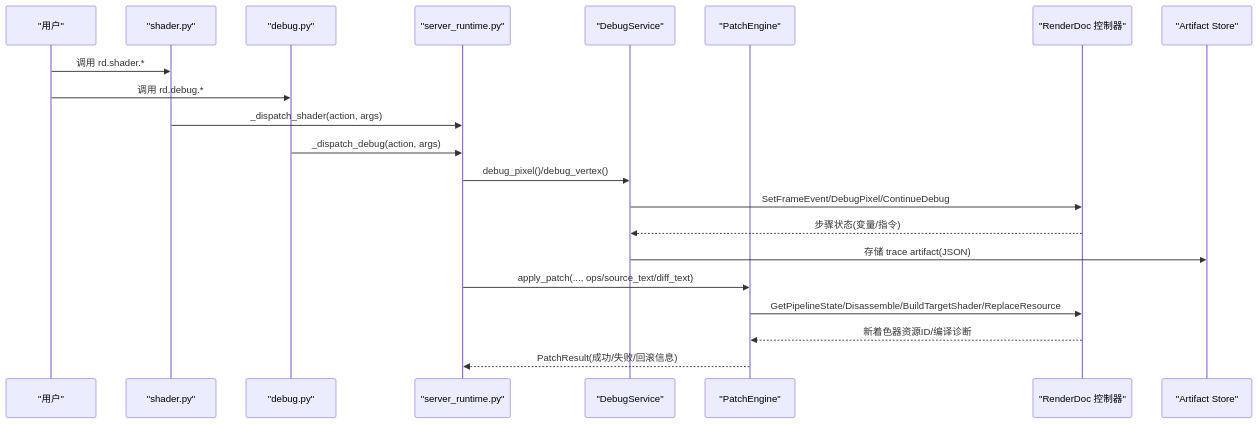
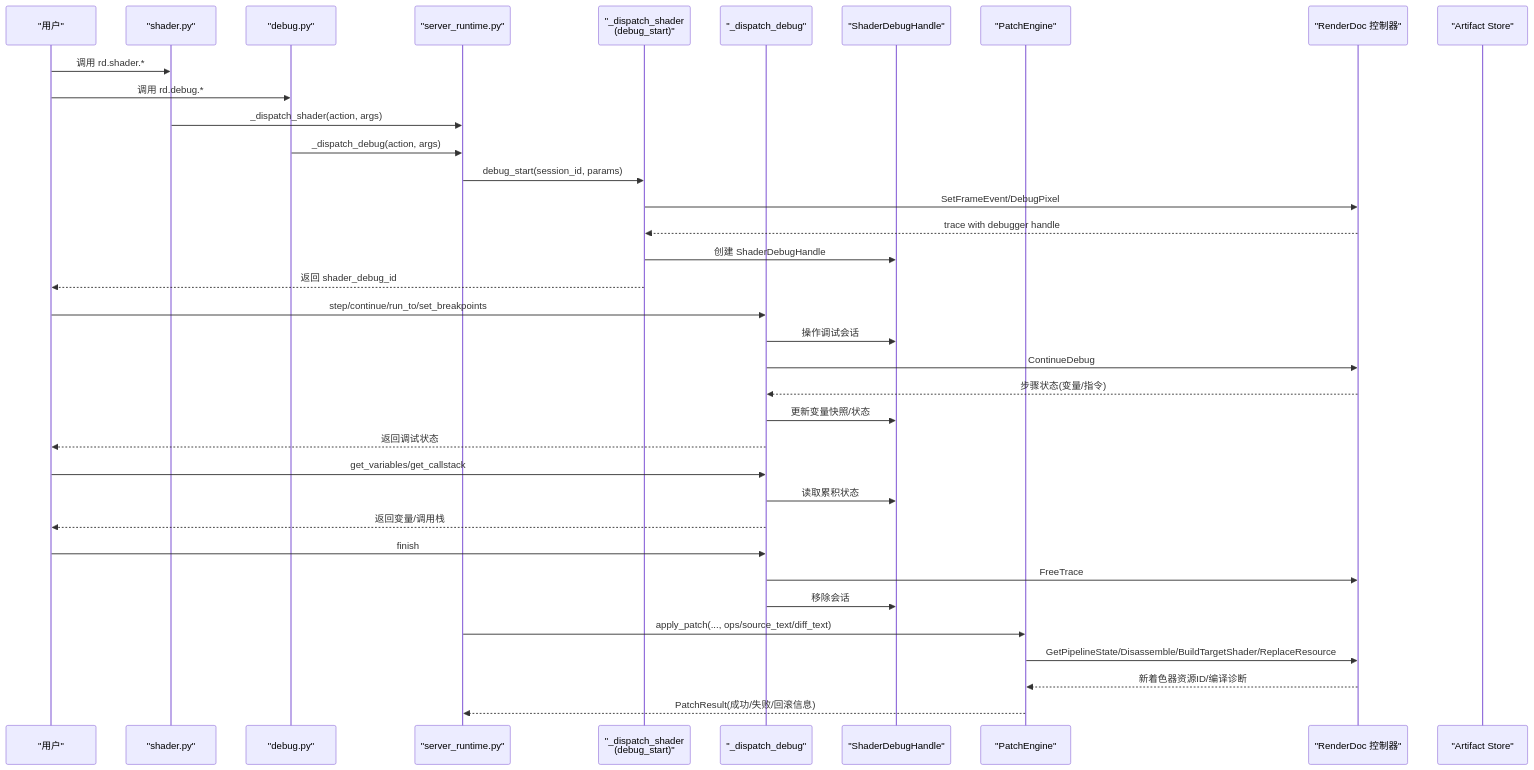
One commit to haolange/RDC-Tool changed the second of 2 diagrams in .qoder/repowiki/zh/content/核心概念/管线状态/着色器调试.md. Above: the diagram before and after it, drawn with Mermaid. The commit also changed other lines of this file and 79 other files, not shown here.

````diff
--- a/.qoder/repowiki/zh/content/核心概念/管线状态/着色器调试.md
+++ b/.qoder/repowiki/zh/content/核心概念/管线状态/着色器调试.md
@@ -93,23 +123,38 @@
 ```mermaid
 sequenceDiagram
 participant U as "用户"
 participant SH as "shader.py"
 participant DB as "debug.py"
 participant RT as "server_runtime.py"
-participant DS as "DebugService"
+participant DS as "_dispatch_shader<br>(debug_start)"
+participant DD as "_dispatch_debug"
+participant SDH as "ShaderDebugHandle"
 participant PE as "PatchEngine"
 participant RD as "RenderDoc 控制器"
 participant AS as "Artifact Store"
 U->>SH : 调用 rd.shader.*
 U->>DB : 调用 rd.debug.*
 SH->>RT : _dispatch_shader(action, args)
 DB->>RT : _dispatch_debug(action, args)
-RT->>DS : debug_pixel()/debug_vertex()
-DS->>RD : SetFrameEvent/DebugPixel/ContinueDebug
-RD-->>DS : 步骤状态(变量/指令)
-DS->>AS : 存储 trace artifact(JSON)
+RT->>DS : debug_start(session_id, params)
+DS->>RD : SetFrameEvent/DebugPixel
+RD-->>DS : trace with debugger handle
+DS->>SDH : 创建 ShaderDebugHandle
+DS-->>U : 返回 shader_debug_id
+U->>DD : step/continue/run_to/set_breakpoints
+DD->>SDH : 操作调试会话
+DD->>RD : ContinueDebug
+RD-->>DD : 步骤状态(变量/指令)
+DD->>SDH : 更新变量快照/状态
+DD-->>U : 返回调试状态
+U->>DD : get_variables/get_callstack
+DD->>SDH : 读取累积状态
+DD-->>U : 返回变量/调用栈
+U->>DD : finish
+DD->>RD : FreeTrace
+DD->>SDH : 移除会话
 RT->>PE : apply_patch(..., ops/source_text/diff_text)
 PE->>RD : GetPipelineState/Disassemble/BuildTargetShader/ReplaceResource
 RD-->>PE : 新着色器资源ID/编译诊断
 PE-->>RT : PatchResult(成功/失败/回滚信息)
 ```
````
